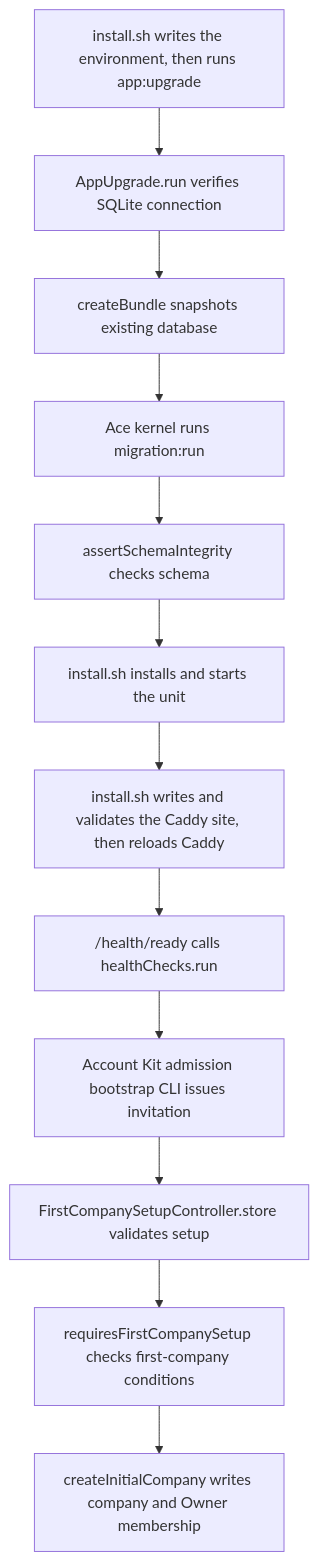
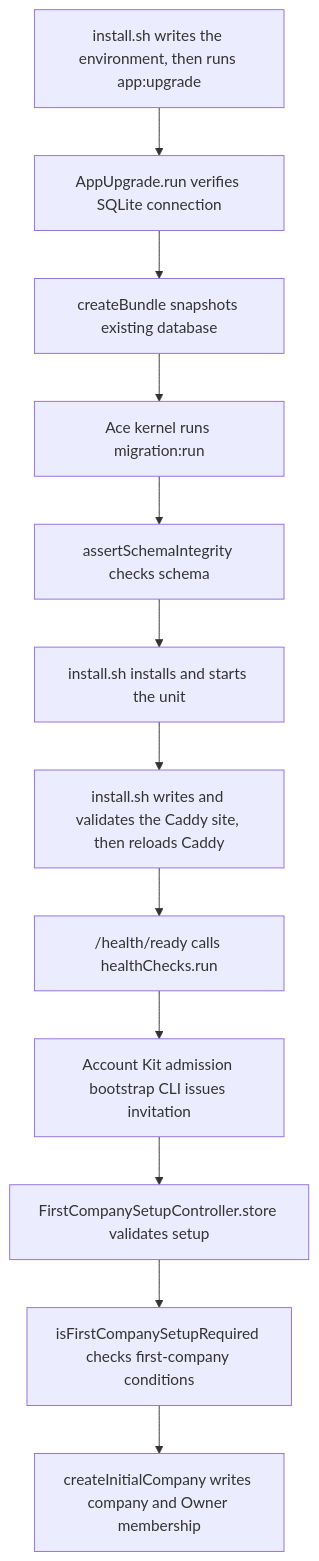
One commit to Kevinjohn/capacitylens changed the second of 2 diagrams in user-stories/installation/US-INS-01-install-one-agency.md. Above: the diagram before and after it, drawn with Mermaid. The commit also changed 10 other files, not shown here.

First line of the commit message:
Rename company import, bootstrap, first-company and logging helpers to verbs

````diff
--- a/user-stories/installation/US-INS-01-install-one-agency.md
+++ b/user-stories/installation/US-INS-01-install-one-agency.md
@@ -37,14 +37,14 @@
 ```mermaid
 flowchart TD
   installer["install.sh writes the environment, then runs app:upgrade"] --> upgrade["AppUpgrade.run verifies SQLite connection"]
   upgrade --> backup["createBundle snapshots existing database"]
   backup --> migrate["Ace kernel runs migration:run"]
   migrate --> integrity["assertSchemaIntegrity checks schema"]
   integrity --> service["install.sh installs and starts the unit"]
   service --> caddy["install.sh writes and validates the Caddy site, then reloads Caddy"]
   caddy --> ready["/health/ready calls healthChecks.run"]
   ready --> bootstrap["Account Kit admission bootstrap CLI issues invitation"]
   bootstrap --> browser["FirstCompanySetupController.store validates setup"]
-  browser --> guard["requiresFirstCompanySetup checks first-company conditions"]
+  browser --> guard["isFirstCompanySetupRequired checks first-company conditions"]
   guard --> create["createInitialCompany writes company and Owner membership"]
 ```
````
